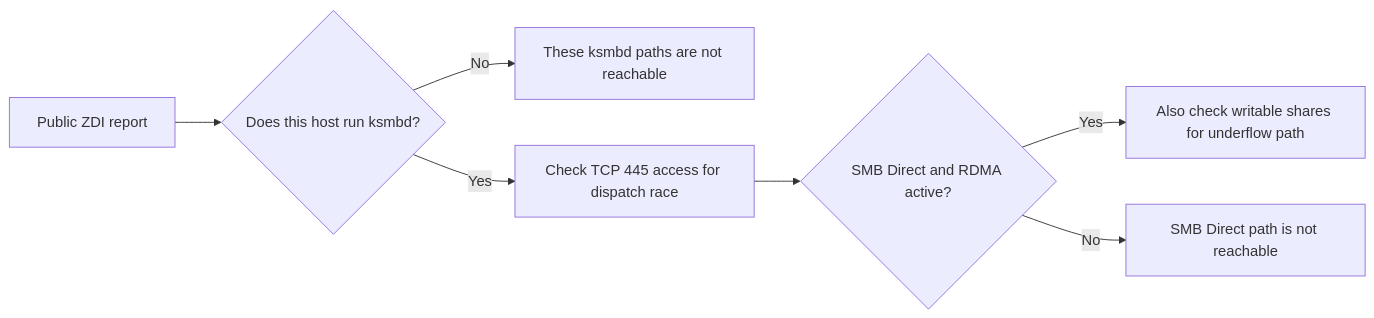
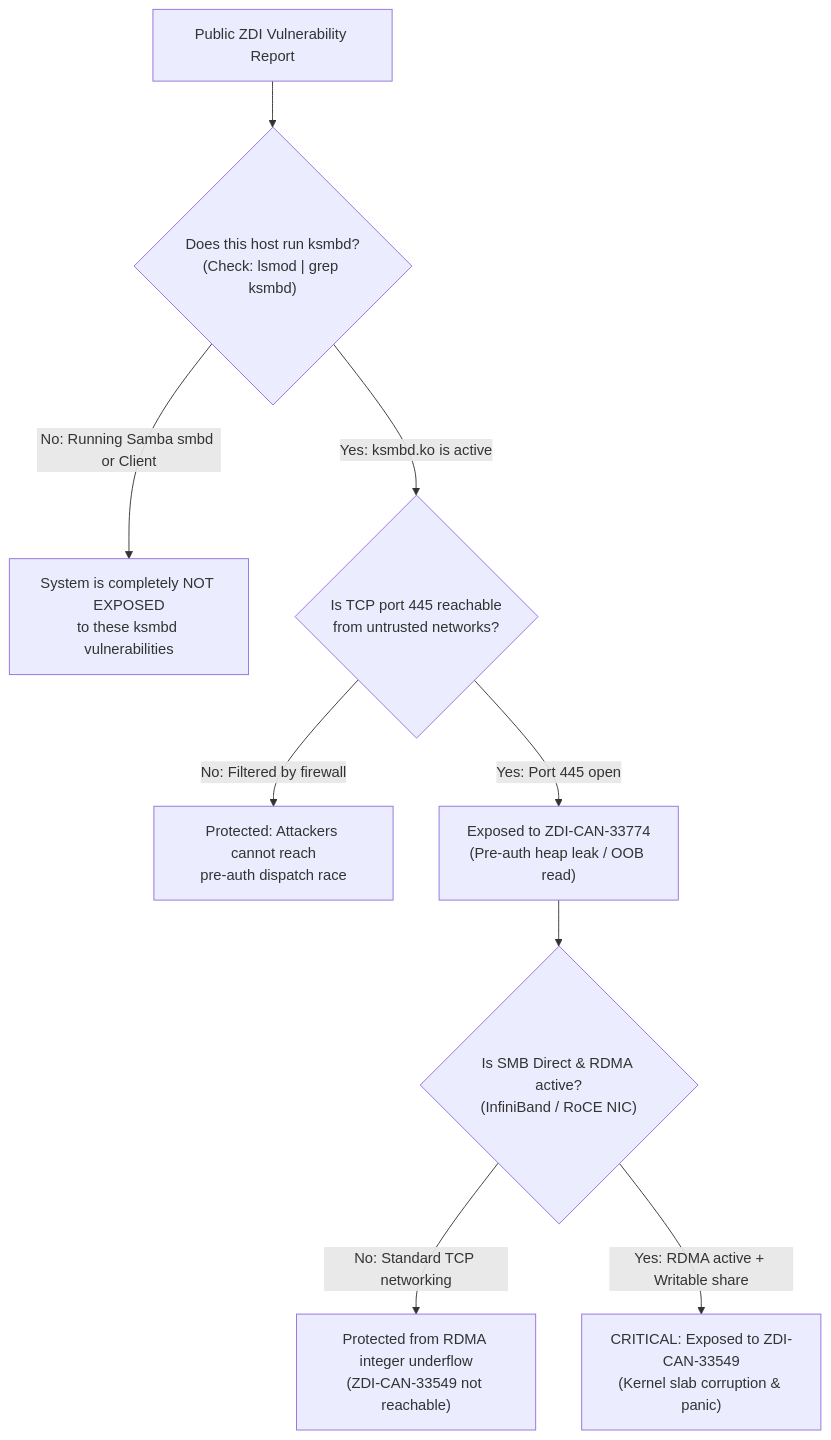
One commit to rsrini7/Learnings changed the diagram in News/Security/Linux-Kernel-ZDI-Public-Reports-KSMBD-Oct-2026.md. Above: the diagram before and after it, drawn with Mermaid. The commit also changed other lines of this file and 13 other files, not shown here.

````diff
--- a/News/Security/Linux-Kernel-ZDI-Public-Reports-KSMBD-Oct-2026.md
+++ b/News/Security/Linux-Kernel-ZDI-Public-Reports-KSMBD-Oct-2026.md
@@ -26,9 +100,11 @@
 ```mermaid
-flowchart LR
-    A["Public ZDI report"] --> B{"Does this host run ksmbd?"}
-    B -->|No| C["These ksmbd paths are not reachable"]
-    B -->|Yes| D["Check TCP 445 access for dispatch race"]
-    D --> E{"SMB Direct and RDMA active?"}
-    E -->|Yes| F["Also check writable shares for underflow path"]
-    E -->|No| G["SMB Direct path is not reachable"]
+flowchart TD
+    A["Public ZDI Vulnerability Report"] --> B{"Does this host run ksmbd?<br/>(Check: lsmod | grep ksmbd)"}
+    B -->|No: Running Samba smbd or Client| C["System is completely NOT EXPOSED<br/>to these ksmbd vulnerabilities"]
+    B -->|Yes: ksmbd.ko is active| D{"Is TCP port 445 reachable<br/>from untrusted networks?"}
+    D -->|No: Filtered by firewall| E["Protected: Attackers cannot reach<br/>pre-auth dispatch race"]
+    D -->|Yes: Port 445 open| F["Exposed to ZDI-CAN-33774<br/>(Pre-auth heap leak / OOB read)"]
+    F --> G{"Is SMB Direct & RDMA active?<br/>(InfiniBand / RoCE NIC)"}
+    G -->|No: Standard TCP networking| H["Protected from RDMA integer underflow<br/>(ZDI-CAN-33549 not reachable)"]
+    G -->|Yes: RDMA active + Writable share| I["CRITICAL: Exposed to ZDI-CAN-33549<br/>(Kernel slab corruption & panic)"]
 ```
````
